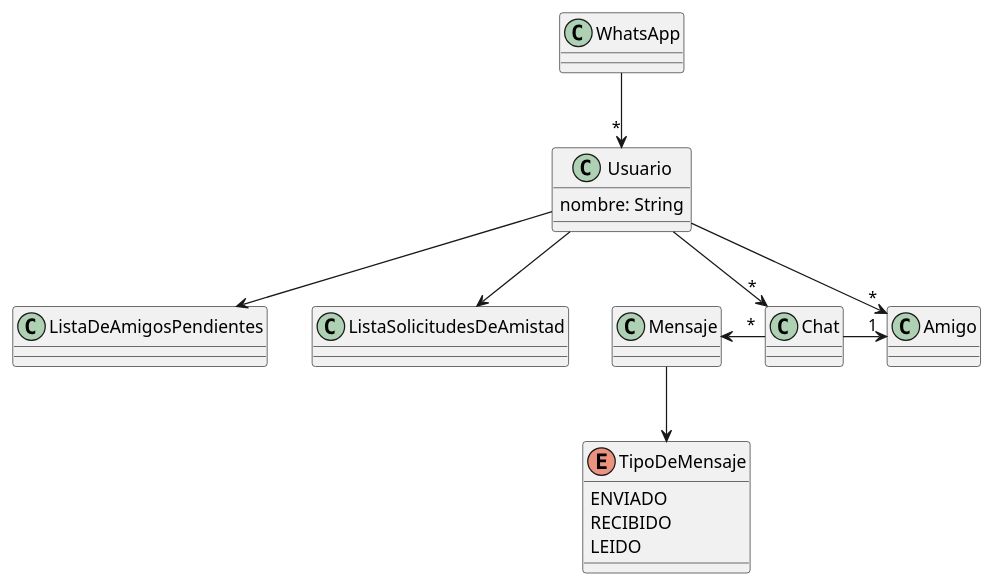
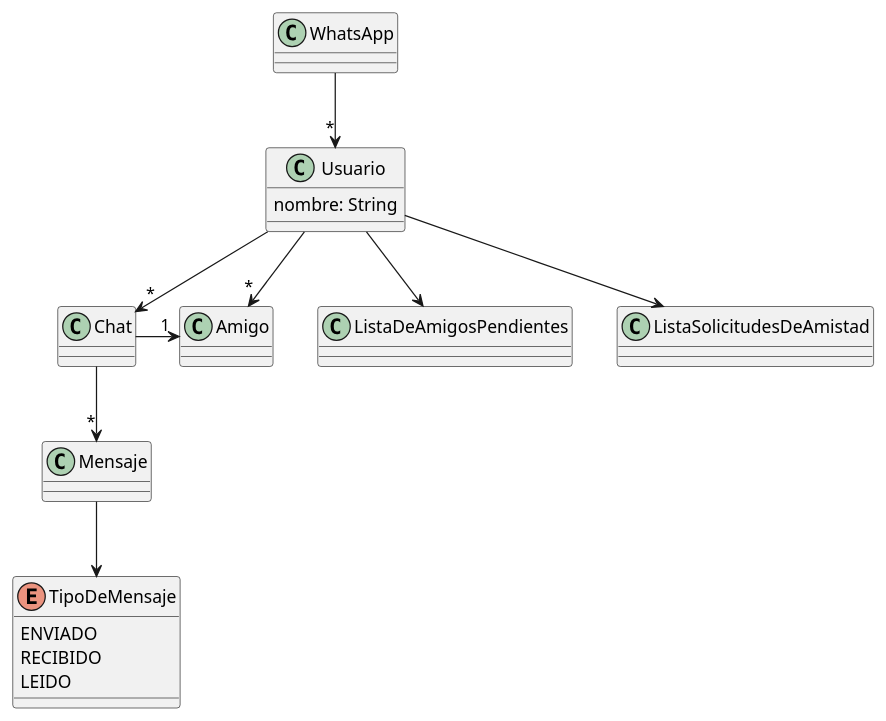
Before and after one commit to FernandoHuilca/EPN-FernandoHuilca: the diagram in Segundo Semestre/Practicas Personales/Chat_Practica/src/Diagramas.puml, drawn with PlantUML. The commit also changed 11 other files, not shown here.

```diff
--- a/Segundo Semestre/Practicas Personales/Chat_Practica/src/Diagramas.puml
+++ b/Segundo Semestre/Practicas Personales/Chat_Practica/src/Diagramas.puml
@@ -1,26 +1,26 @@
 @startuml
 'https://plantuml.com/class-diagram
 
 class WhatsApp {
 }
 
 WhatsApp -->"*" Usuario
 Usuario --> "*"Amigo
 Usuario --> "*" Chat
 Chat -> "1" Amigo
-Mensaje <- "*" Chat
+Chat --> "*" Mensaje
 Mensaje --> TipoDeMensaje
 Usuario --> ListaDeAmigosPendientes
 Usuario --> ListaSolicitudesDeAmistad
 enum TipoDeMensaje{
     ENVIADO
     RECIBIDO
     LEIDO
 }
 
 class Usuario {
     nombre: String
 }
 
 
 @enduml
```
